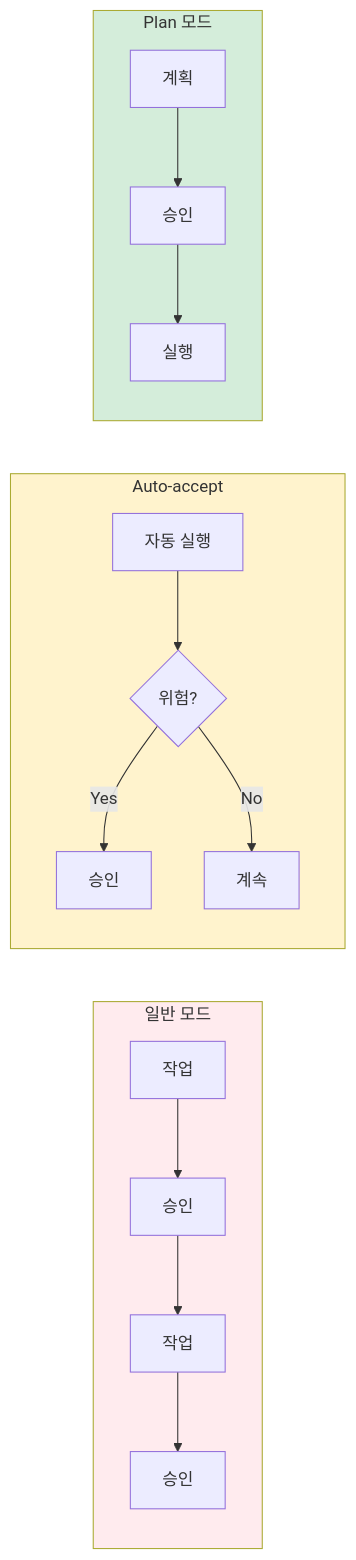
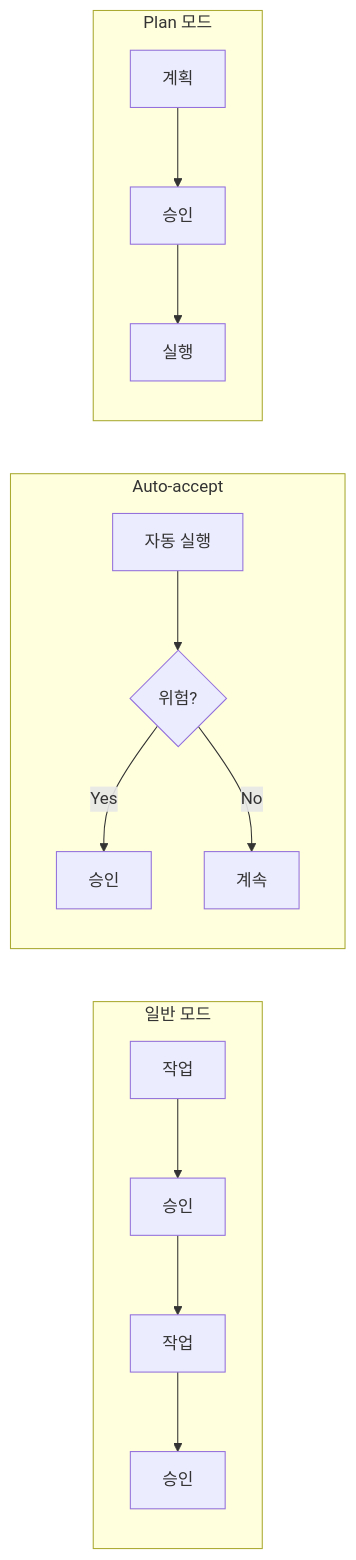
One commit to Kanghyeop/pages-book-agent101 changed the third of 5 diagrams in 02-literacy/24-system.md. Above: the diagram before and after it, drawn with Mermaid. The commit also changed other lines of this file and 3 other files, not shown here.

First line of the commit message:
Mermaid 호환성 수정 동기화

````diff
--- a/02-literacy/24-system.md
+++ b/02-literacy/24-system.md
@@ -136,20 +136,16 @@
 ```mermaid
 flowchart LR
     subgraph Normal["일반 모드"]
         N1["작업"] --> N2["승인"] --> N3["작업"] --> N4["승인"]
     end
 
     subgraph Auto["Auto-accept"]
         A1["자동 실행"] --> A2{"위험?"}
         A2 -->|Yes| A3["승인"]
         A2 -->|No| A4["계속"]
     end
 
     subgraph Plan["Plan 모드"]
         P1["계획"] --> P2["승인"] --> P3["실행"]
     end
-
-    style Normal fill:#FFEBEE
-    style Auto fill:#FFF3CD
-    style Plan fill:#D4EDDA
 ```
````
